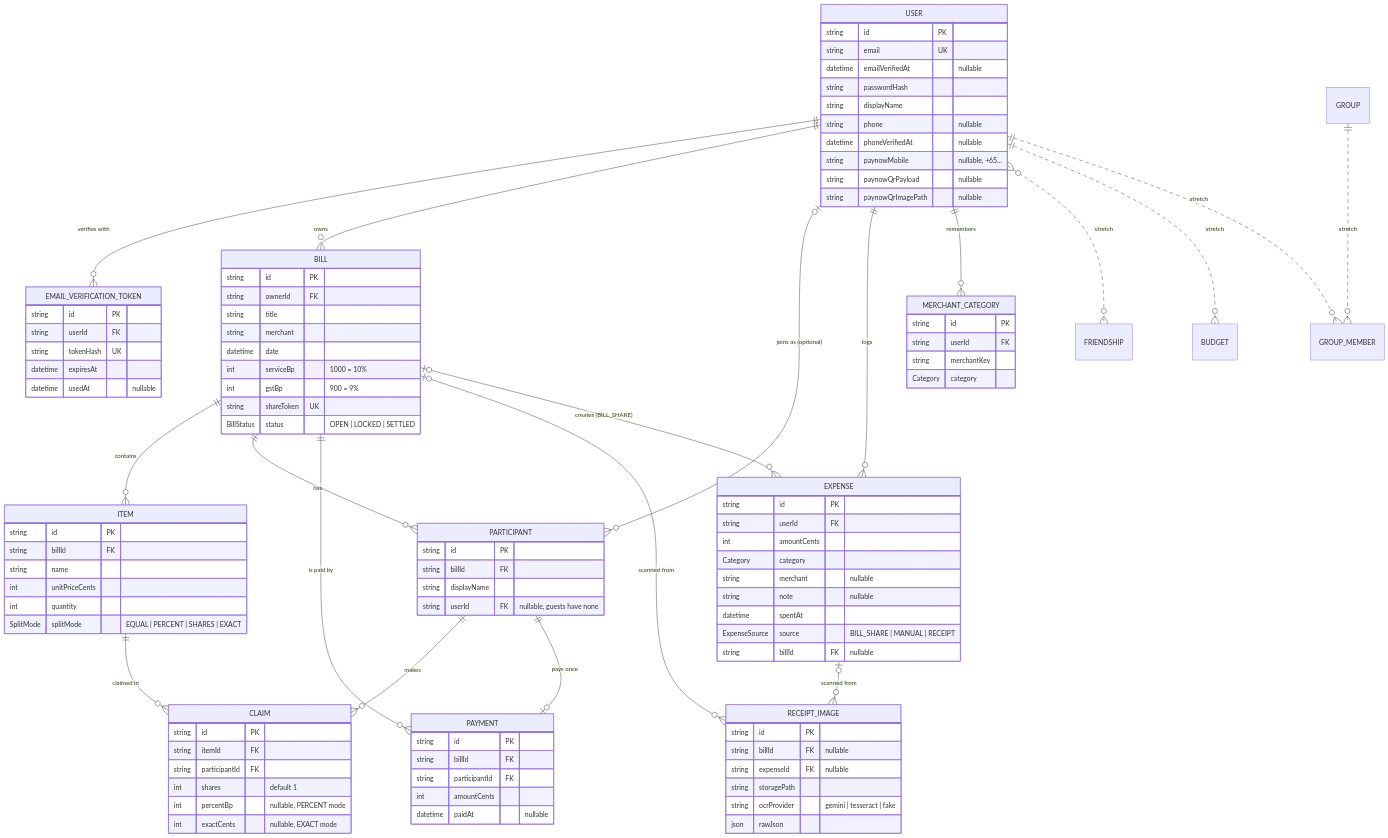
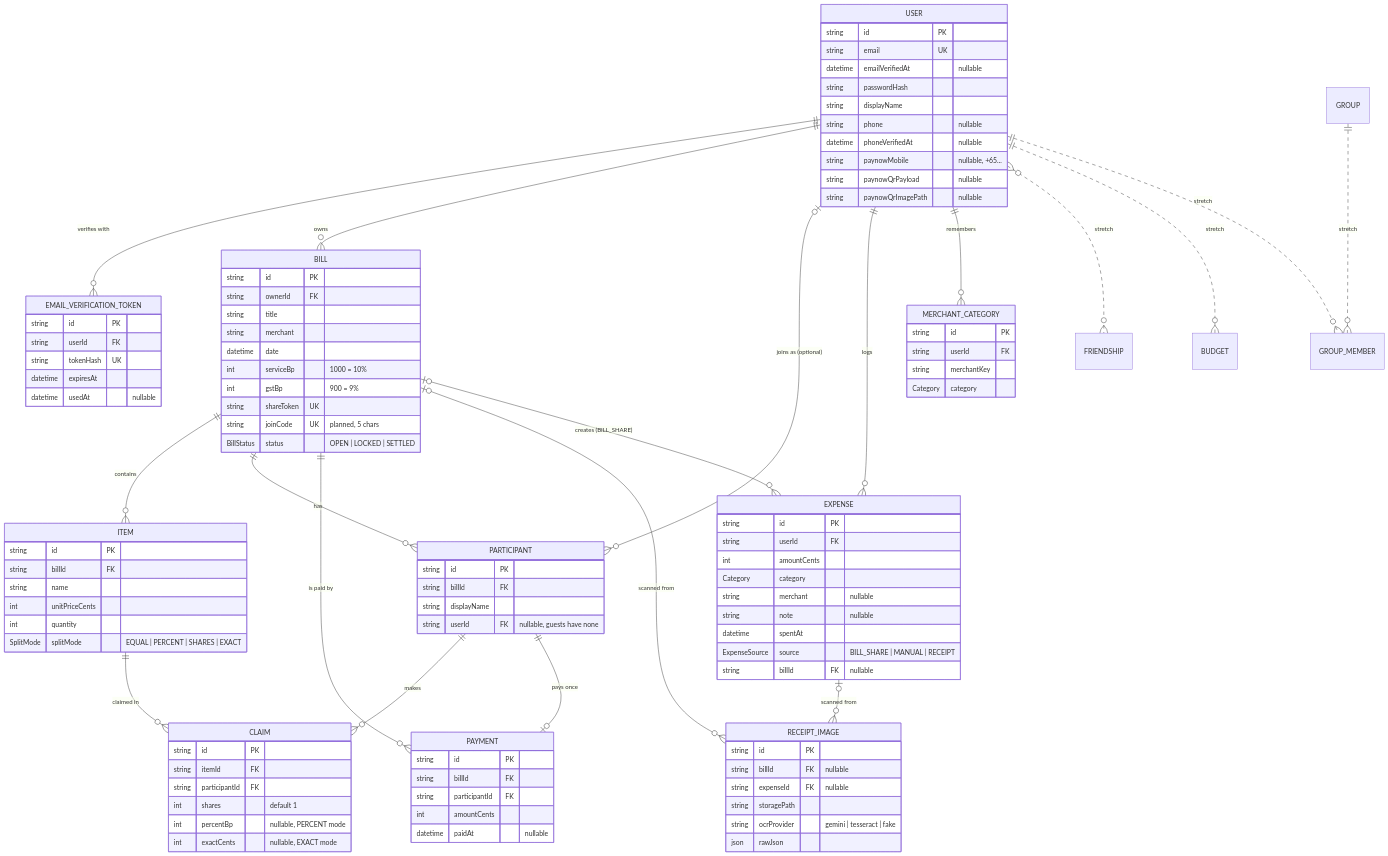
One commit to cheewei0123/ay2626s2-cicdp-ChongCheeWei changed the diagram in docs/data-model.md. Above: the diagram before and after it, drawn with Mermaid. The commit also changed other lines of this file and 9 other files, not shown here.

First line of the commit message:
KAN-72 docs(design): add paste-text input and join code to API, flows and wireframes (#30)

```diff
--- a/docs/data-model.md
+++ b/docs/data-model.md
@@ -58,6 +58,7 @@
         int serviceBp "1000 = 10%"
         int gstBp "900 = 9%"
         string shareToken UK
+        string joinCode UK "planned, 5 chars"
         BillStatus status "OPEN | LOCKED | SETTLED"
     }
     ITEM {
```
